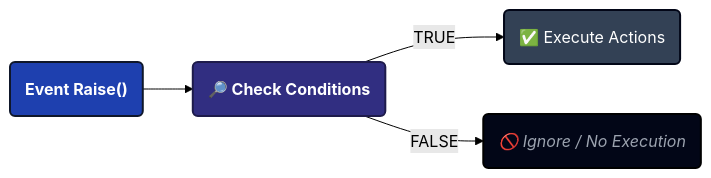
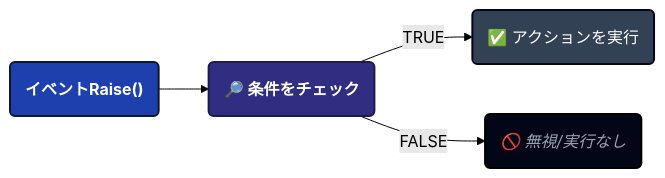
One commit to tinygiants-tech/TinyGiants changed the first of 5 diagrams in i18n/ja/docusaurus-plugin-content-docs/current/game-event-system/visual-workflow/game-event-behavior.md. Above: the diagram before and after it, drawn with Mermaid (forest theme). The commit also changed other lines of this file and 81 other files, not shown here.

````diff
--- a/i18n/ja/docusaurus-plugin-content-docs/current/game-event-system/visual-workflow/game-event-behavior.md
+++ b/i18n/ja/docusaurus-plugin-content-docs/current/game-event-system/visual-workflow/game-event-behavior.md
@@ -77,19 +76,18 @@
 ```mermaid
 graph LR
 
     classDef event fill:#1e40af,stroke:#0f172a,stroke-width:2px,color:#ffffff,font-weight:bold
     classDef condition fill:#312e81,stroke:#1e1b4b,stroke-width:2px,color:#ffffff,font-weight:bold
     classDef action fill:#334155,stroke:#020617,stroke-width:2px,color:#ffffff
     classDef ignore fill:#020617,stroke:#000000,stroke-width:2px,color:#9ca3af,font-style:italic
 
-    A("Event Raise()"):::event
-    B(🔎 Check Conditions):::condition
+    A("イベントRaise()"):::event
+    B(🔎 条件をチェック):::condition
 
-    C(✅ Execute Actions):::action
-    D(🚫 Ignore / No Execution):::ignore
+    C(✅ アクションを実行):::action
+    D(🚫 無視/実行なし):::ignore
 
     A --> B
     B -->|TRUE| C
     B -->|FALSE| D
-
 ```
````
